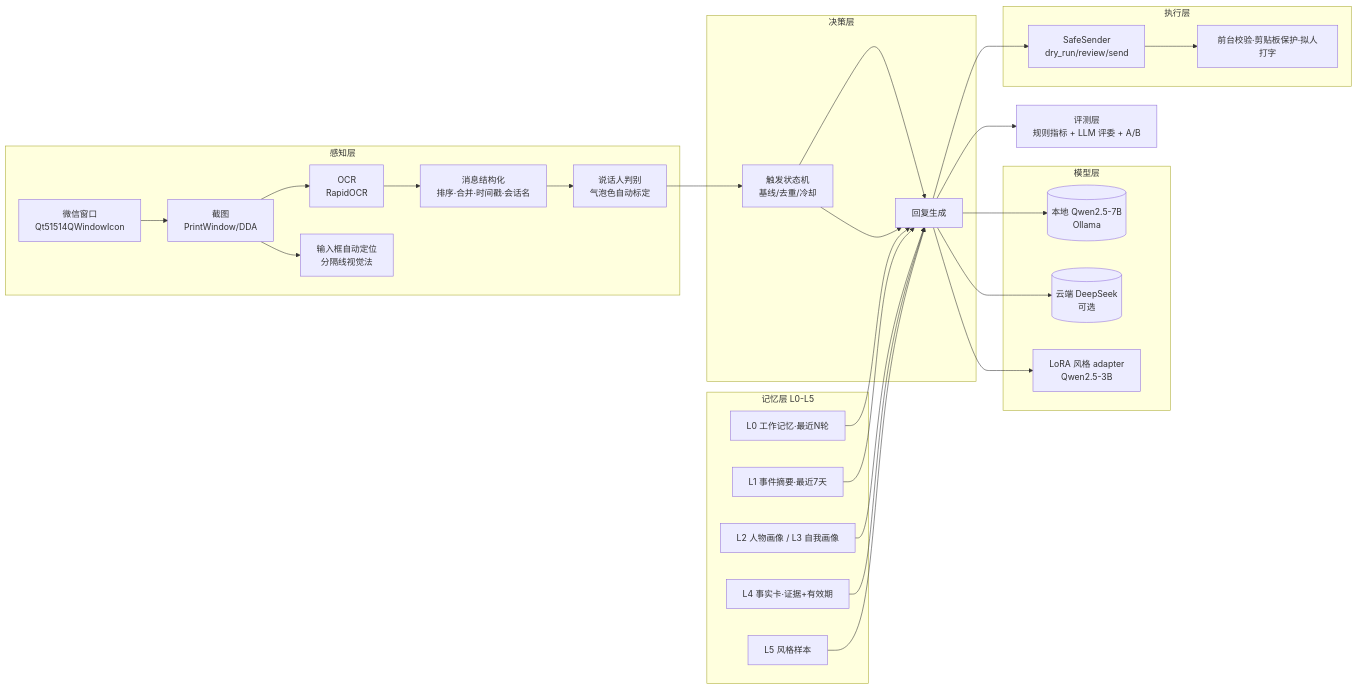
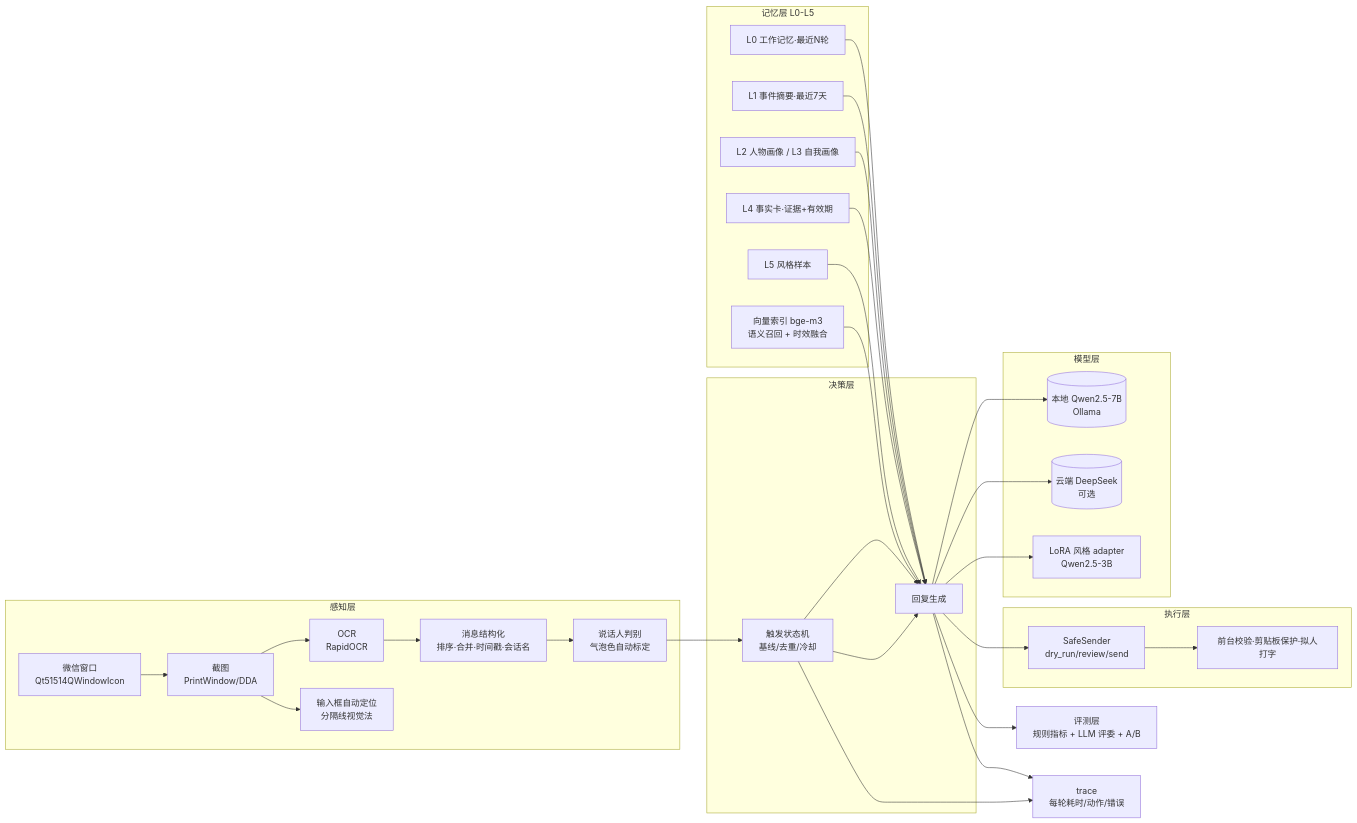
The diagram in README.md (hopetree09/WechatAutoReply), drawn with Mermaid before and after one commit. The commit also changed other lines of this file and 17 other files, not shown here.

````diff
--- a/README.md
+++ b/README.md
@@ -17,36 +17,40 @@
 ```mermaid
 flowchart LR
     subgraph 感知层
         W[微信窗口<br/>Qt51514QWindowIcon] --> C[截图<br/>PrintWindow/DDA]
         C --> O[OCR<br/>RapidOCR]
         O --> P[消息结构化<br/>排序·合并·时间戳·会话名]
         P --> S[说话人判别<br/>气泡色自动标定]
         C --> L[输入框自动定位<br/>分隔线视觉法]
     end
     subgraph 决策层
         ST[触发状态机<br/>基线/去重/冷却] --> G[回复生成]
     end
     subgraph 记忆层 L0-L5
         M1[L0 工作记忆·最近N轮]
         M2[L1 事件摘要·最近7天]
         M3[L2 人物画像 / L3 自我画像]
         M4[L4 事实卡·证据+有效期]
         M5[L5 风格样本]
+        M6[向量索引 bge-m3<br/>语义召回 + 时效融合]
     end
     subgraph 模型层
         LLM1[(本地 Qwen2.5-7B<br/>Ollama)]
         LLM2[(云端 DeepSeek<br/>可选)]
         LORA[LoRA 风格 adapter<br/>Qwen2.5-3B]
     end
     subgraph 执行层
         A[SafeSender<br/>dry_run/review/send]
         FG[前台校验·剪贴板保护·拟人打字]
     end
     EV[评测层<br/>规则指标 + LLM 评委 + A/B]
+    TR[trace<br/>每轮耗时/动作/错误]
     S --> ST
     ST --> G
-    M1 & M2 & M3 & M4 & M5 --> G
+    M1 & M2 & M3 & M4 & M5 & M6 --> G
     G --> LLM1 & LLM2 & LORA
     G --> A --> FG
     G --> EV
+    ST --> TR
+    G --> TR
 ```
````
